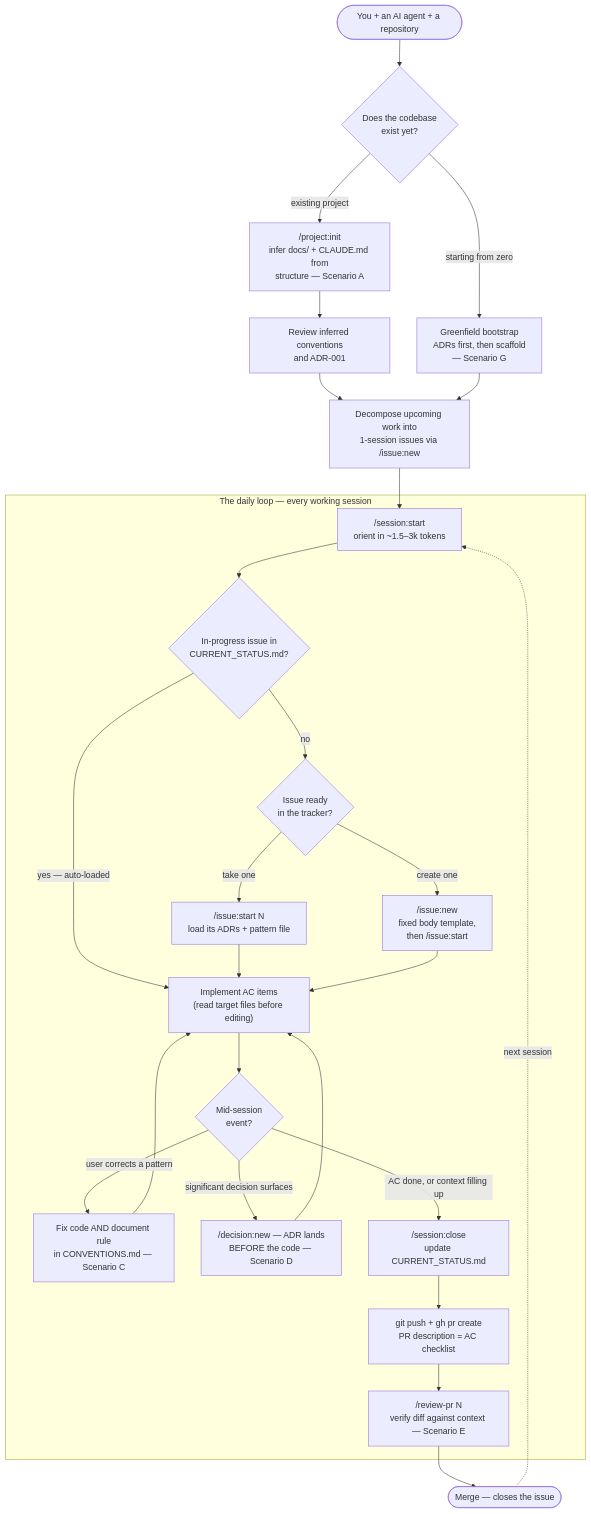
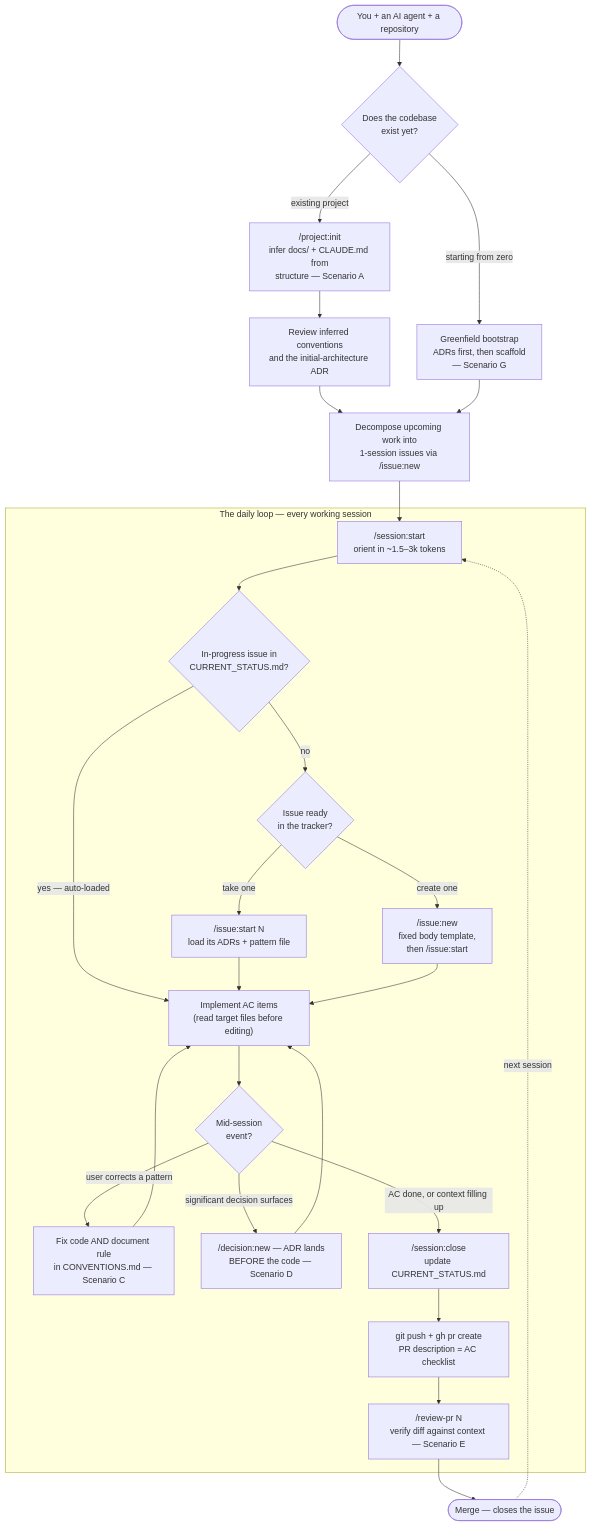
Before and after one commit to albertomarturelo/context-first-development: the first of 7 diagrams in docs/session-flow.md, drawn with Mermaid. The commit also changed other lines of this file and 31 other files, not shown here.

First line of the commit message:
feat: identify ADRs by date-prefixed slug instead of sequence number

````diff
--- a/docs/session-flow.md
+++ b/docs/session-flow.md
@@ -20,31 +20,31 @@
 ```mermaid
 flowchart TD
     START(["You + an AI agent + a repository"]) --> Q{"Does the codebase<br/>exist yet?"}
     Q -- "existing project" --> A["/project:init<br/>infer docs/ + CLAUDE.md from<br/>structure — Scenario A"]
     Q -- "starting from zero" --> G["Greenfield bootstrap<br/>ADRs first, then scaffold<br/>— Scenario G"]
-    A --> R["Review inferred conventions<br/>and ADR-001"]
+    A --> R["Review inferred conventions<br/>and the initial-architecture ADR"]
     R --> B0["Decompose upcoming work into<br/>1-session issues via /issue:new"]
     G --> B0
 
     subgraph LOOP["The daily loop — every working session"]
         SS["/session:start<br/>orient in ~1.5–3k tokens"] --> P{"In-progress issue in<br/>CURRENT_STATUS.md?"}
         P -- "yes — auto-loaded" --> IMPL
         P -- "no" --> T{"Issue ready<br/>in the tracker?"}
         T -- "take one" --> IS["/issue:start N<br/>load its ADRs + pattern file"]
         T -- "create one" --> IN["/issue:new<br/>fixed body template,<br/>then /issue:start"]
         IS --> IMPL
         IN --> IMPL
         IMPL["Implement AC items<br/>(read target files before editing)"] --> MID{"Mid-session<br/>event?"}
         MID -- "user corrects a pattern" --> C["Fix code AND document rule<br/>in CONVENTIONS.md — Scenario C"]
         MID -- "significant decision surfaces" --> D["/decision:new — ADR lands<br/>BEFORE the code — Scenario D"]
         C --> IMPL
         D --> IMPL
         MID -- "AC done, or context filling up" --> SC["/session:close<br/>update CURRENT_STATUS.md"]
         SC --> PR["git push + gh pr create<br/>PR description = AC checklist"]
         PR --> RV["/review-pr N<br/>verify diff against context — Scenario E"]
     end
 
     B0 --> SS
     RV --> M(["Merge — closes the issue"])
     M -.->|"next session"| SS
 ```
````
